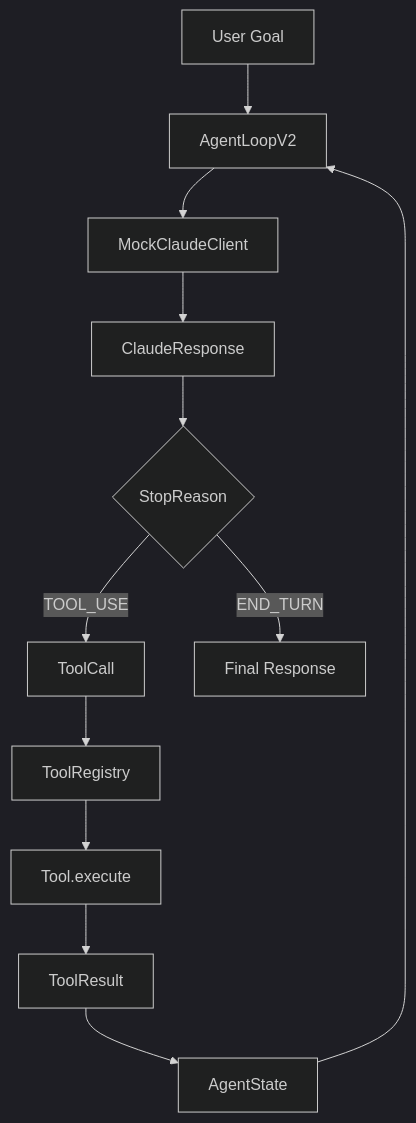
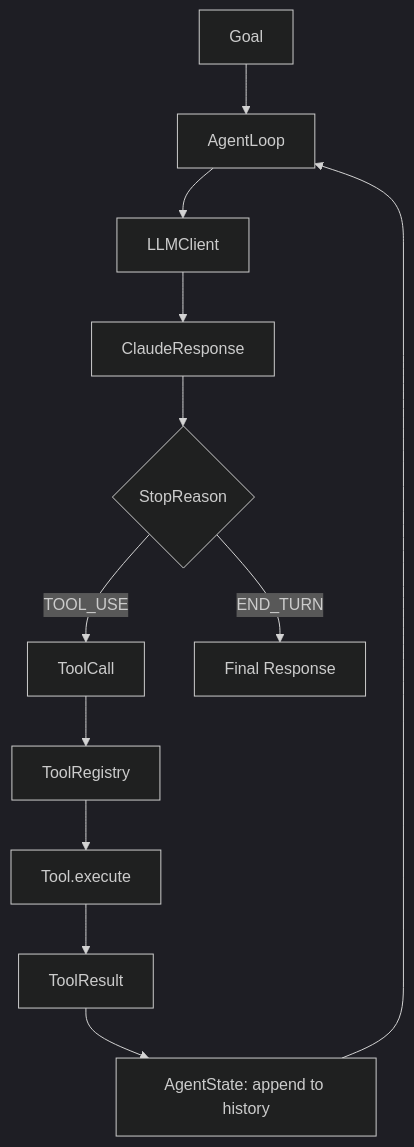
One commit to YashzAlphaGeek/agent-engineering-lab changed the third of 6 diagrams in README.md. Above: the diagram before and after it, drawn with Mermaid (dark theme). The commit also changed other lines of this file and 2 other files, not shown here.

````diff
--- a/README.md
+++ b/README.md
@@ -66,25 +142,17 @@
 ```mermaid
 flowchart TD
 
-    G[User Goal] --> L2[AgentLoopV2]
-
-    L2 --> M[MockClaudeClient]
-
+    G[Goal] --> L[AgentLoop]
+    L --> M[LLMClient]
     M --> CR[ClaudeResponse]
-
     CR --> D{StopReason}
 
     D -->|TOOL_USE| TC[ToolCall]
+    TC --> R[ToolRegistry]
+    R --> T[Tool.execute]
+    T --> TR[ToolResult]
+    TR --> S[AgentState: append to history]
+    S --> L
 
-    TC --> TR[ToolRegistry]
-
-    TR --> TL[Tool.execute]
-
-    TL --> RES[ToolResult]
-
-    RES --> ST[AgentState]
-
-    ST --> L2
-
-    D -->|END_TURN| FR[Final Response]
+    D -->|END_TURN| F[Final Response]
 ```
````
